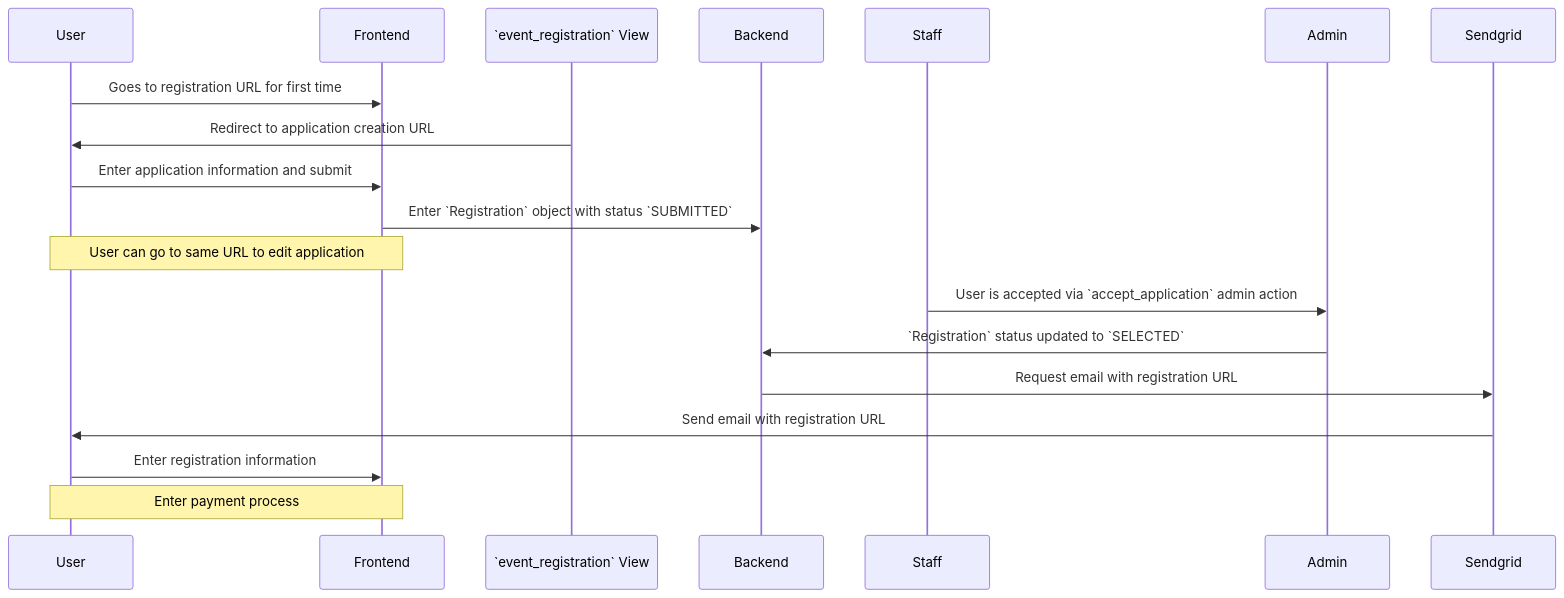
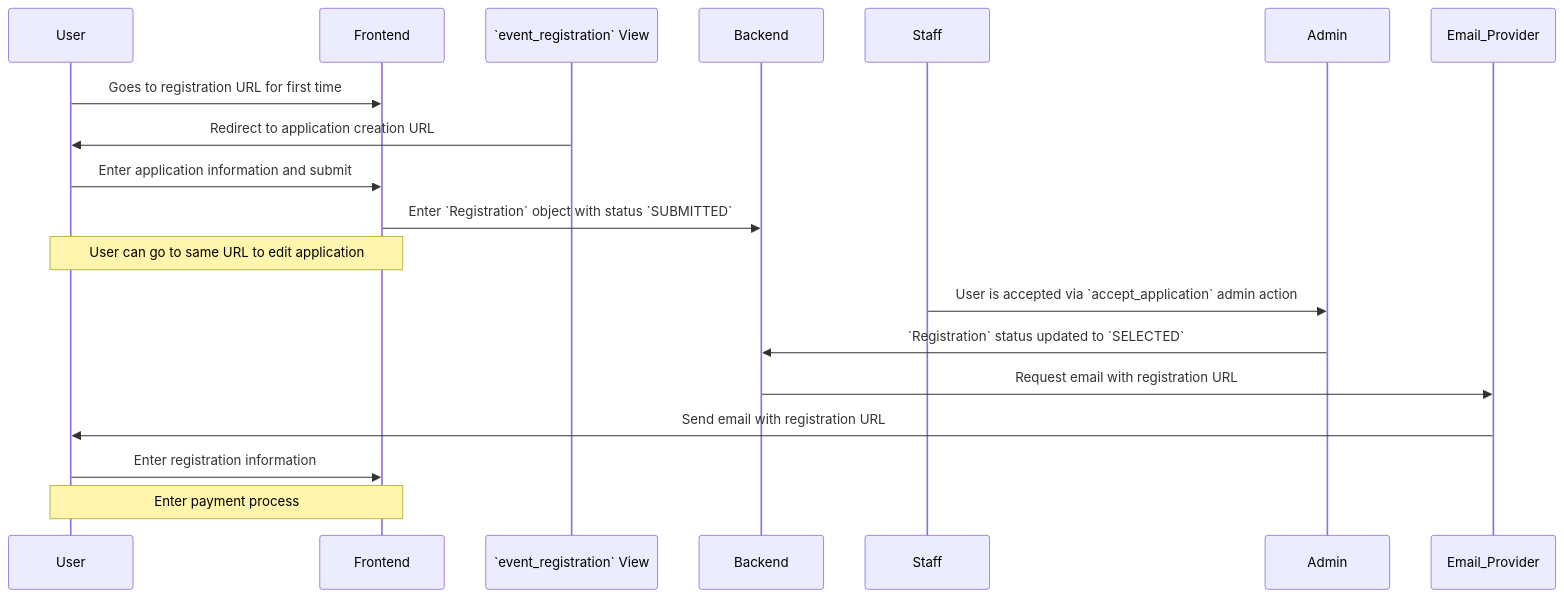
The fourth of 4 diagrams in README.md (sentier-dev/dds_registration), drawn with Mermaid before and after one commit. The commit also changed other lines of this file and 8 other files, not shown here.

````diff
--- a/README.md
+++ b/README.md
@@ -86,14 +86,14 @@
 ```mermaid
 sequenceDiagram
     User->>Frontend: Goes to registration URL for first time
     `event_registration` View->>User: Redirect to application creation URL
     User->>Frontend: Enter application information and submit
     Frontend->>Backend: Enter `Registration` object with status `SUBMITTED`
     Note over User,Frontend: User can go to same URL to edit application
     Staff->>Admin: User is accepted via `accept_application` admin action
     Admin->>Backend: `Registration` status updated to `SELECTED`
-    Backend->>Sendgrid: Request email with registration URL
-    Sendgrid->>User: Send email with registration URL
+    Backend->>Email_Provider: Request email with registration URL
+    Email_Provider->>User: Send email with registration URL
     User->>Frontend: Enter registration information
     Note over User,Frontend: Enter payment process
 ```
````
